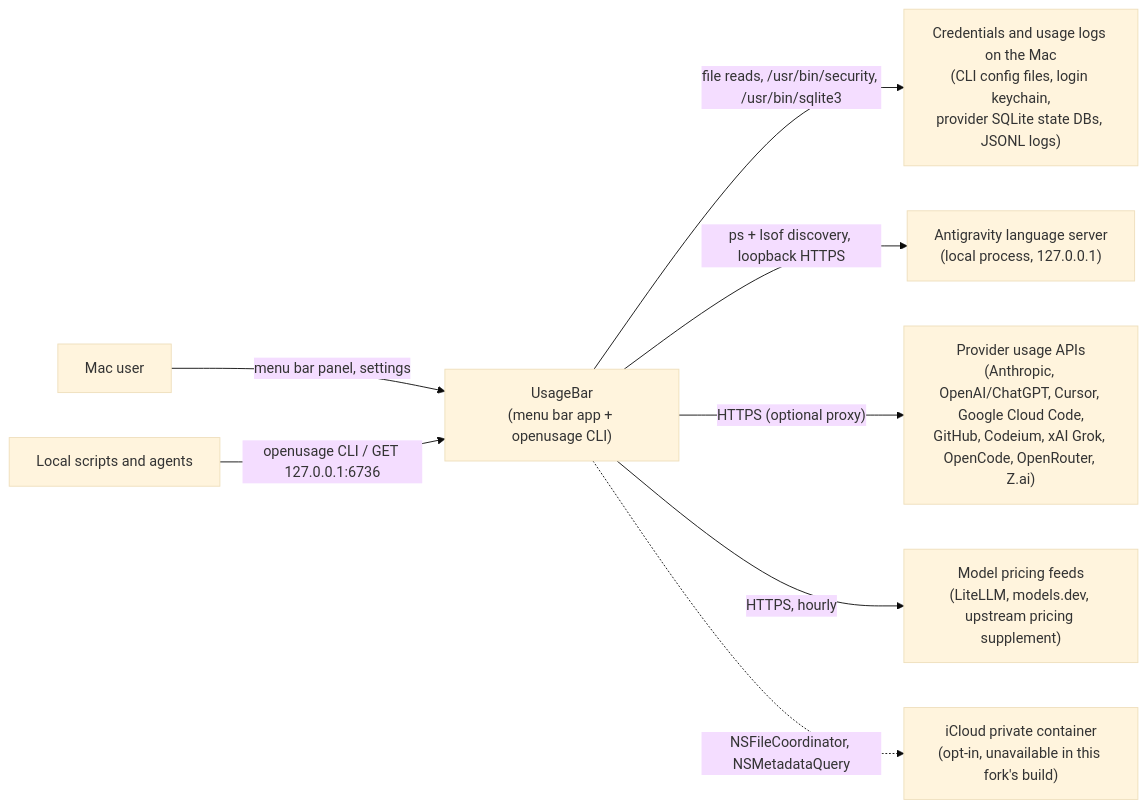
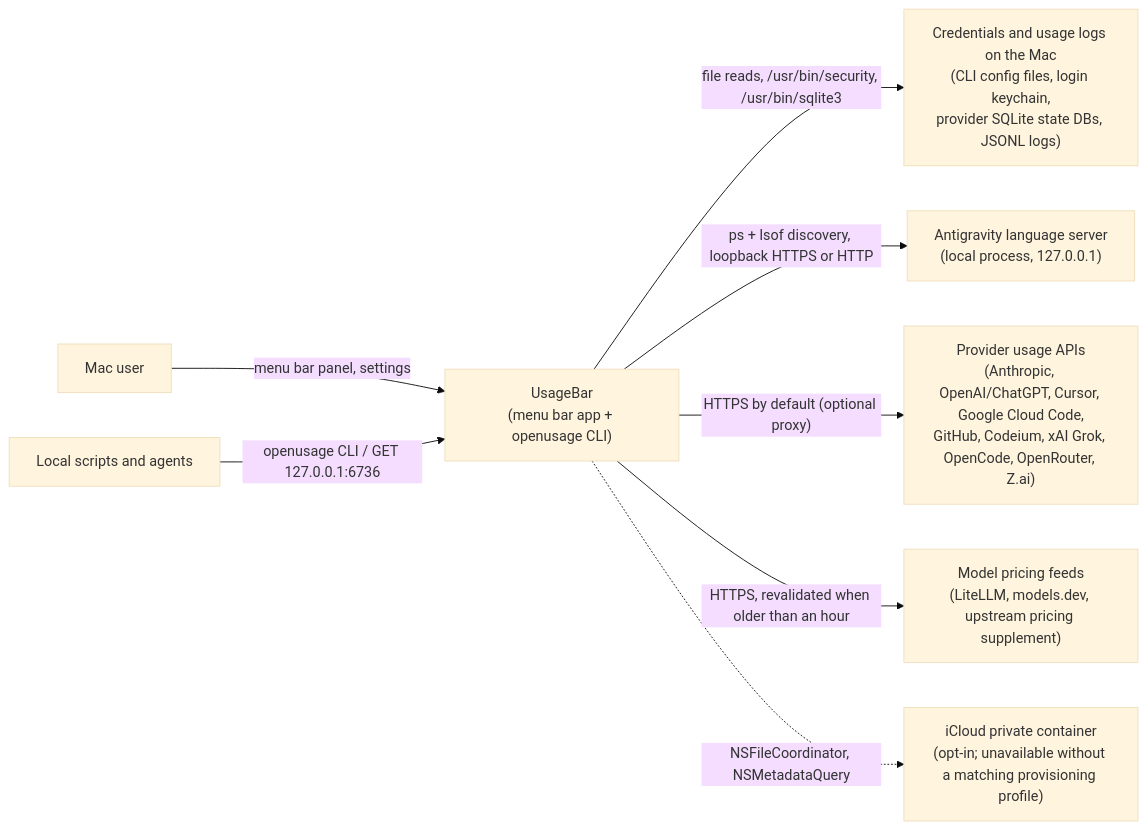
The diagram in docs/c4model.md (omar16100/usagebar-no-tel), drawn with Mermaid (base theme) before and after one commit. The commit also changed other lines of this file and 2 other files, not shown here.

````diff
--- a/docs/c4model.md
+++ b/docs/c4model.md
@@ -17,19 +18,19 @@
 ```mermaid
 flowchart LR
     user["Mac user"]
     scripts["Local scripts and agents"]
     app["UsageBar<br/>(menu bar app + openusage CLI)"]
     local["Credentials and usage logs on the Mac<br/>(CLI config files, login keychain,<br/>provider SQLite state DBs, JSONL logs)"]
     ls["Antigravity language server<br/>(local process, 127.0.0.1)"]
     providers["Provider usage APIs<br/>(Anthropic, OpenAI/ChatGPT, Cursor, Google Cloud Code,<br/>GitHub, Codeium, xAI Grok, OpenCode, OpenRouter, Z.ai)"]
     pricing["Model pricing feeds<br/>(LiteLLM, models.dev, upstream pricing supplement)"]
-    icloud["iCloud private container<br/>(opt-in, unavailable in this fork's build)"]
+    icloud["iCloud private container<br/>(opt-in; unavailable without a matching provisioning profile)"]
 
     user -- "menu bar panel, settings" --> app
     scripts -- "openusage CLI / GET 127.0.0.1:6736" --> app
     app -- "file reads, /usr/bin/security, /usr/bin/sqlite3" --> local
-    app -- "ps + lsof discovery, loopback HTTPS" --> ls
-    app -- "HTTPS (optional proxy)" --> providers
-    app -- "HTTPS, hourly" --> pricing
+    app -- "ps + lsof discovery, loopback HTTPS or HTTP" --> ls
+    app -- "HTTPS by default (optional proxy)" --> providers
+    app -- "HTTPS, revalidated when older than an hour" --> pricing
     app -. "NSFileCoordinator, NSMetadataQuery" .-> icloud
 ```
````
